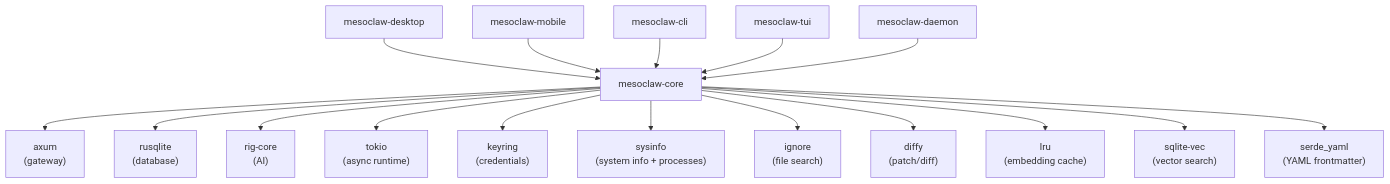
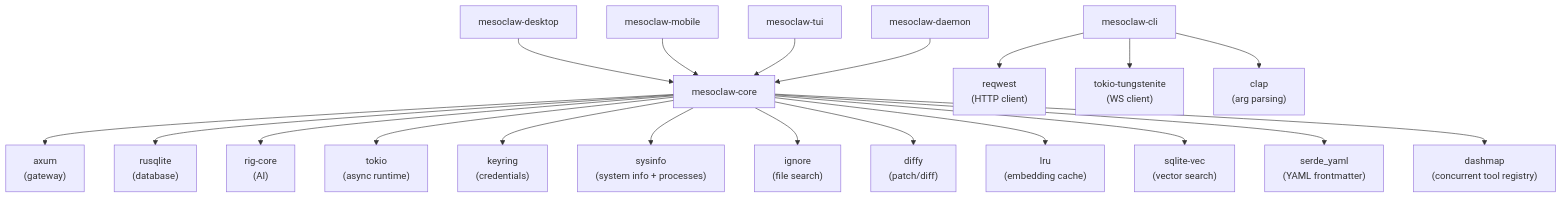
The third of 9 diagrams in docs/architecture.md (sprklai/mesoclaw), drawn with Mermaid before and after one commit. The commit also changed other lines of this file and 26 other files, not shown here.

First line of the commit message:
Phase 5 (complete): ToolRegistry, memory pagination/validation, CLI binary with 6 commands

````diff
--- a/docs/architecture.md
+++ b/docs/architecture.md
@@ -93,20 +93,25 @@
 ```mermaid
 graph TD
     desktop[mesoclaw-desktop] --> core[mesoclaw-core]
     mobile[mesoclaw-mobile] --> core
-    cli[mesoclaw-cli] --> core
+    cli[mesoclaw-cli]
     tui[mesoclaw-tui] --> core
     daemon[mesoclaw-daemon] --> core
 
     core --> axum["axum<br>#40;gateway#41;"]
     core --> rusqlite["rusqlite<br>#40;database#41;"]
     core --> rigcore["rig-core<br>#40;AI#41;"]
     core --> tokio["tokio<br>#40;async runtime#41;"]
     core --> keyring["keyring<br>#40;credentials#41;"]
     core --> sysinfo["sysinfo<br>#40;system info + processes#41;"]
     core --> ignore["ignore<br>#40;file search#41;"]
     core --> diffy["diffy<br>#40;patch/diff#41;"]
     core --> lru["lru<br>#40;embedding cache#41;"]
     core --> sqlitevec["sqlite-vec<br>#40;vector search#41;"]
     core --> serdeyaml["serde_yaml<br>#40;YAML frontmatter#41;"]
+    core --> dashmap["dashmap<br>#40;concurrent tool registry#41;"]
+
+    cli --> reqwest["reqwest<br>#40;HTTP client#41;"]
+    cli --> tungstenite["tokio-tungstenite<br>#40;WS client#41;"]
+    cli --> clap["clap<br>#40;arg parsing#41;"]
 ```
````
